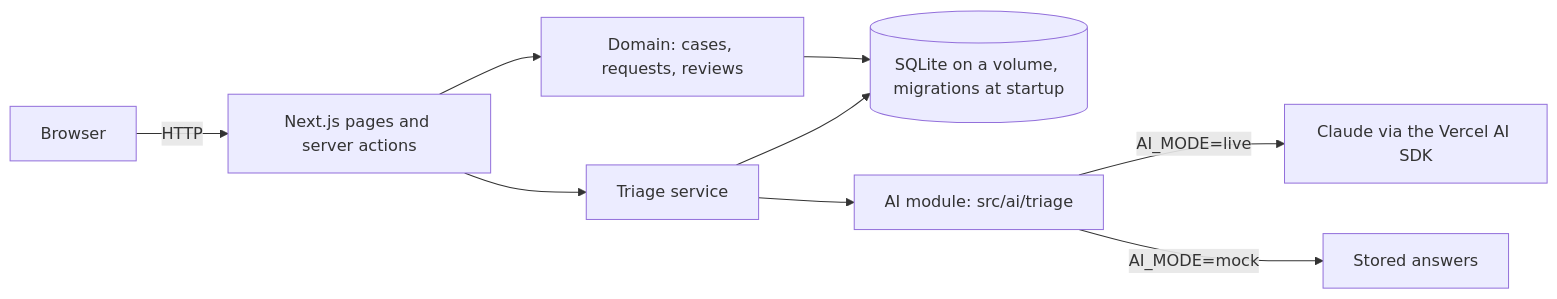
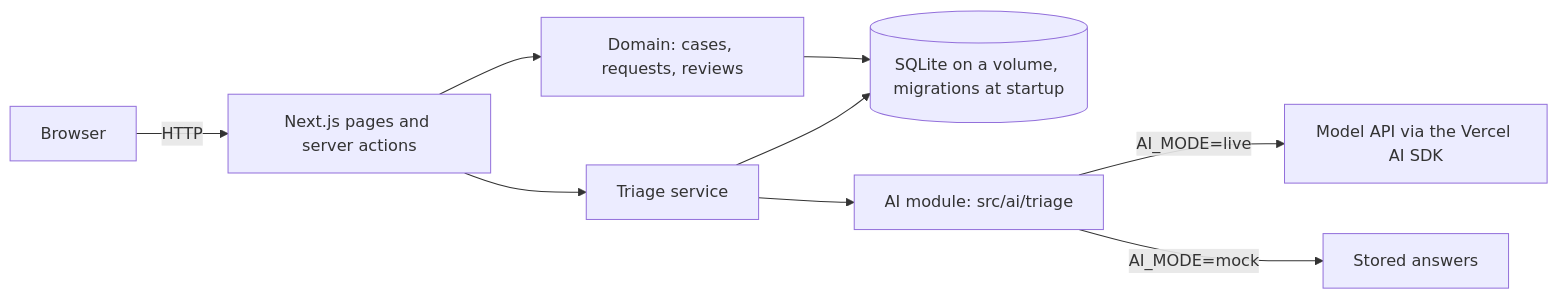
One commit to Walid-dev/prequal-tracker changed the diagram in README.md. Above: the diagram before and after it, drawn with Mermaid. The commit also changed other lines of this file and 2 other files, not shown here.

````diff
--- a/README.md
+++ b/README.md
@@ -57,11 +57,11 @@
 ```mermaid
 flowchart LR
   B[Browser] -->|HTTP| P[Next.js pages and server actions]
   P --> D[Domain: cases, requests, reviews]
   P --> S[Triage service]
   D --> DB[(SQLite on a volume, migrations at startup)]
   S --> DB
   S --> M[AI module: src/ai/triage]
-  M -->|AI_MODE=live| C[Claude via the Vercel AI SDK]
+  M -->|AI_MODE=live| C[Model API via the Vercel AI SDK]
   M -->|AI_MODE=mock| F[Stored answers]
 ```
````
